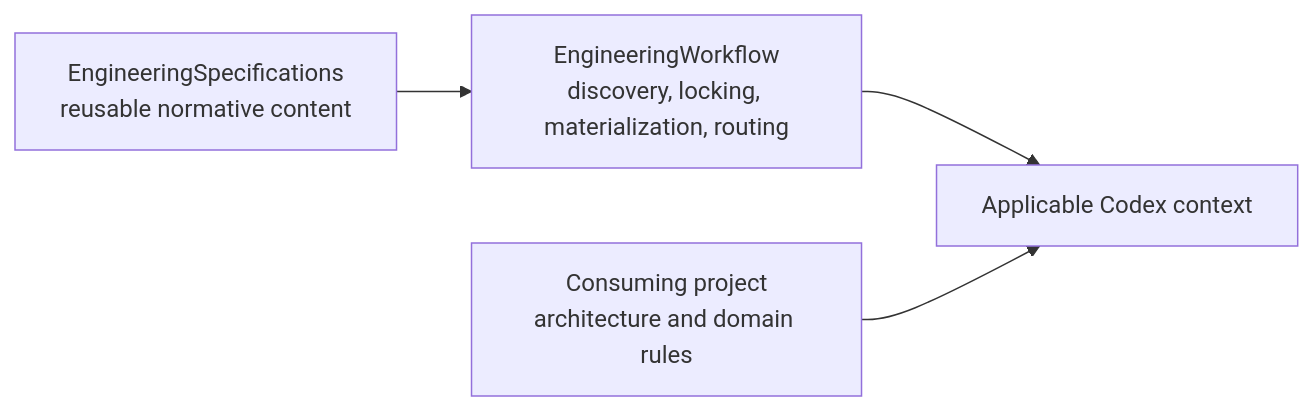
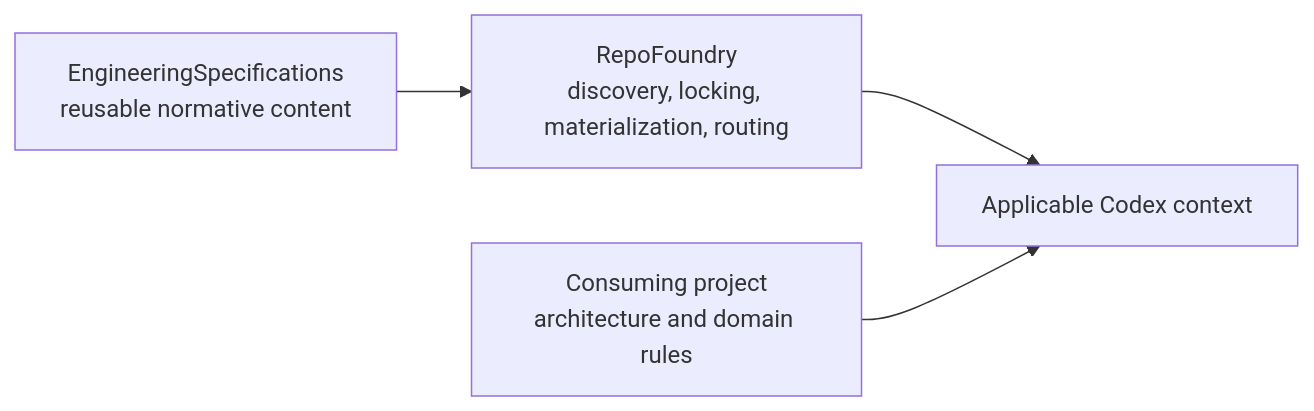
One commit to XiaoWeiKIN/EngineeringSpecifications changed the fourth of 4 diagrams in docs/specification-model.md. Above: the diagram before and after it, drawn with Mermaid. The commit also changed other lines of this file and 13 other files, not shown here.

````diff
--- a/docs/specification-model.md
+++ b/docs/specification-model.md
@@ -154,11 +214,11 @@
 ```mermaid
 flowchart LR
     Specs["EngineeringSpecifications<br/>reusable normative content"]
-    Workflow["EngineeringWorkflow<br/>discovery, locking, materialization, routing"]
+    Workflow["RepoFoundry<br/>discovery, locking, materialization, routing"]
     Project["Consuming project<br/>architecture and domain rules"]
     Context["Applicable Codex context"]
 
     Specs --> Workflow
     Workflow --> Context
     Project --> Context
 ```
````
